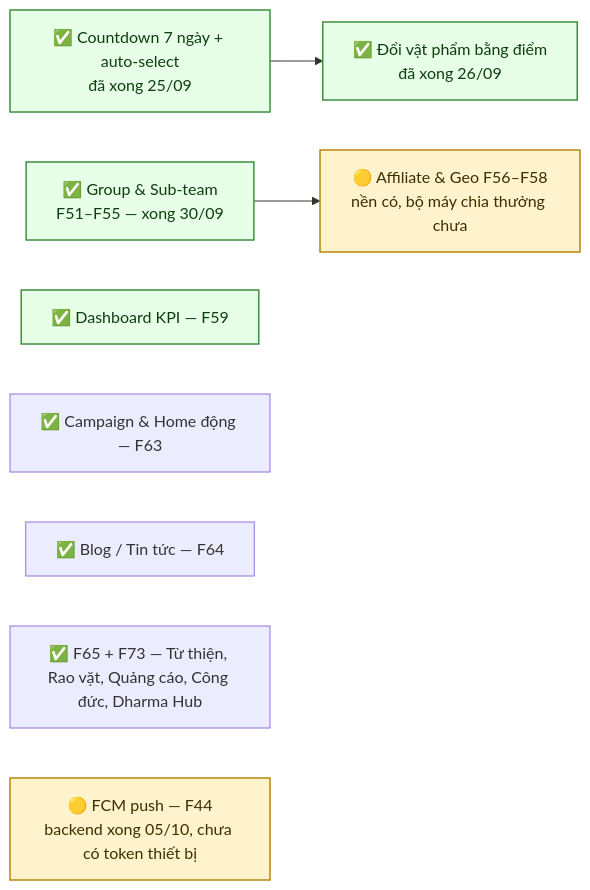
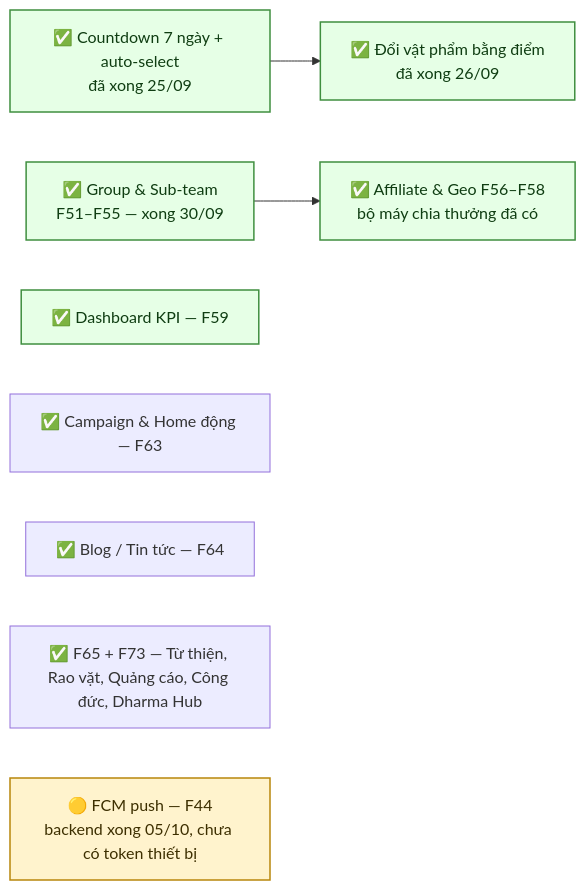
The diagram in docs/diagram/21-open-issues.md (fdshn/trueheart), drawn with Mermaid before and after one commit. The commit also changed other lines of this file and 49 other files, not shown here.

````diff
--- a/docs/diagram/21-open-issues.md
+++ b/docs/diagram/21-open-issues.md
@@ -128,17 +128,17 @@
 ```mermaid
 flowchart LR
     A["✅ Countdown 7 ngày + auto-select<br/>đã xong 25/09"] --> B["✅ Đổi vật phẩm bằng điểm<br/>đã xong 26/09"]
-    C["✅ Group & Sub-team<br/>F51–F55 — xong 30/09"] --> D["🟡 Affiliate & Geo F56–F58<br/>nền có, bộ máy chia thưởng chưa"]
+    C["✅ Group & Sub-team<br/>F51–F55 — xong 30/09"] --> D["✅ Affiliate & Geo F56–F58<br/>bộ máy chia thưởng đã có"]
     E["✅ Dashboard KPI — F59"]
     F["✅ Campaign & Home động — F63"]
     G["✅ Blog / Tin tức — F64"]
     H["✅ F65 + F73 — Từ thiện, Rao vặt, Quảng cáo, Công đức, Dharma Hub"]
     I["🟡 FCM push — F44<br/>backend xong 05/10, chưa có token thiết bị"]
 
     style A fill:#e6ffe6,stroke:#3f8f3f,stroke-width:1.5px,color:#0f3d12
     style B fill:#e6ffe6,stroke:#3f8f3f,stroke-width:1.5px,color:#0f3d12
     style C fill:#e6ffe6,stroke:#3f8f3f,stroke-width:1.5px,color:#0f3d12
     style E fill:#e6ffe6,stroke:#3f8f3f,stroke-width:1.5px,color:#0f3d12
-    style D fill:#fff3cd,stroke:#b8860b,stroke-width:1.5px,color:#3d2f00
+    style D fill:#e6ffe6,stroke:#3f8f3f,stroke-width:1.5px,color:#0f3d12
     style I fill:#fff3cd,stroke:#b8860b,stroke-width:1.5px,color:#3d2f00
 ```
````
